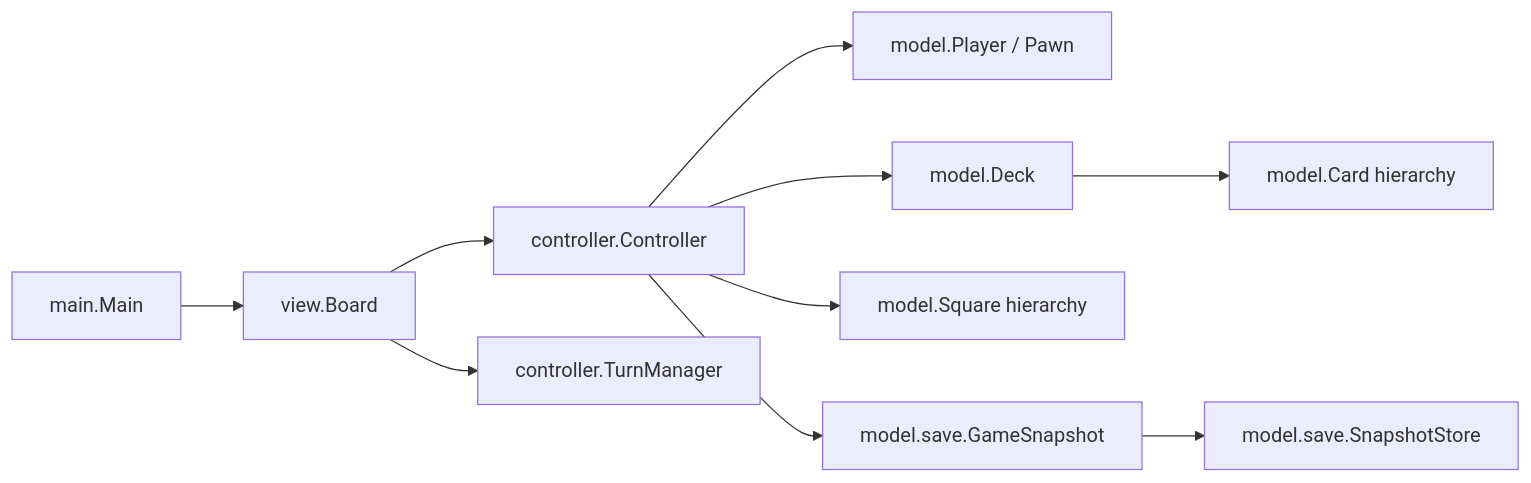
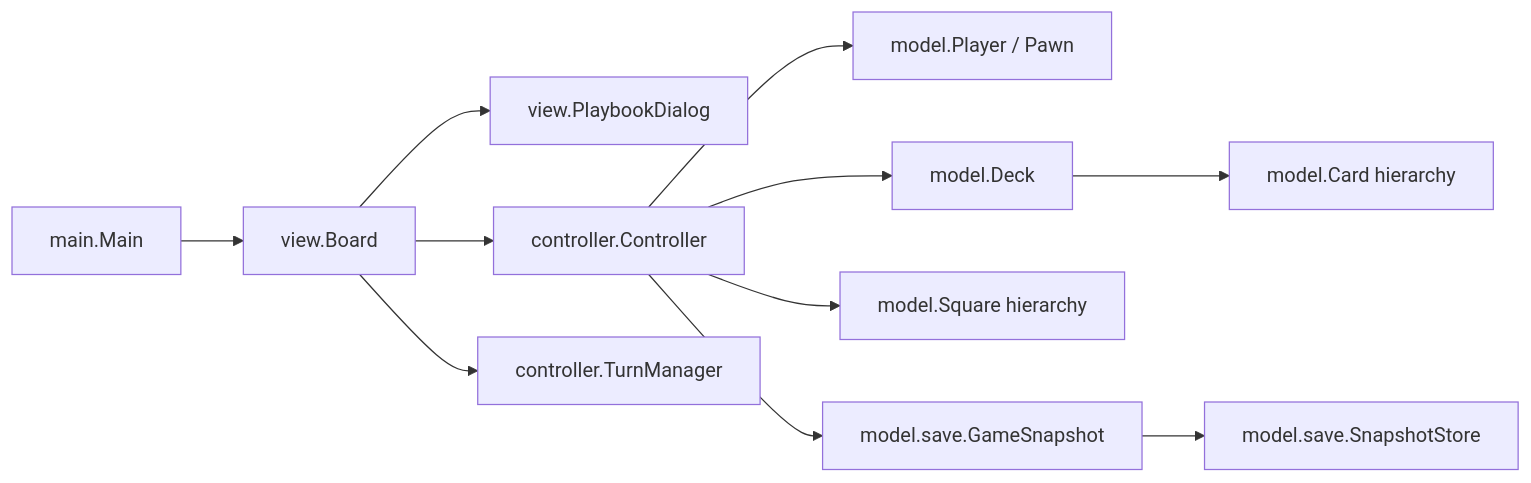
The first of 2 diagrams in docs/architecture.md (vgiaramazidis/sorry-board-game), drawn with Mermaid before and after one commit. The commit also changed other lines of this file and 38 other files, not shown here.

````diff
--- a/docs/architecture.md
+++ b/docs/architecture.md
@@ -5,12 +5,13 @@
 ```mermaid
 flowchart LR
     Main[main.Main] --> Board[view.Board]
+    Board --> Playbook[view.PlaybookDialog]
     Board --> Controller[controller.Controller]
     Board --> Turns[controller.TurnManager]
     Controller --> Players[model.Player / Pawn]
     Controller --> Deck[model.Deck]
     Deck --> Cards[model.Card hierarchy]
     Controller --> Squares[model.Square hierarchy]
     Controller --> Snapshot[model.save.GameSnapshot]
     Snapshot --> Store[model.save.SnapshotStore]
 ```
````
